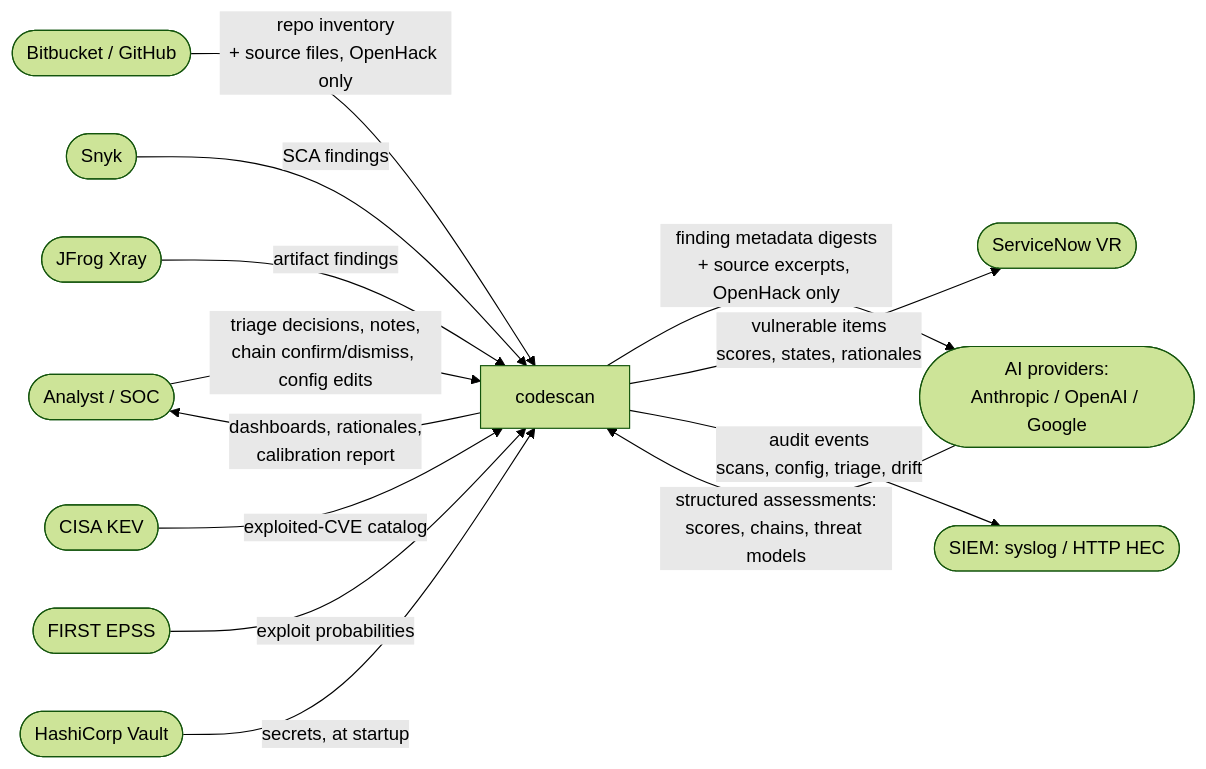
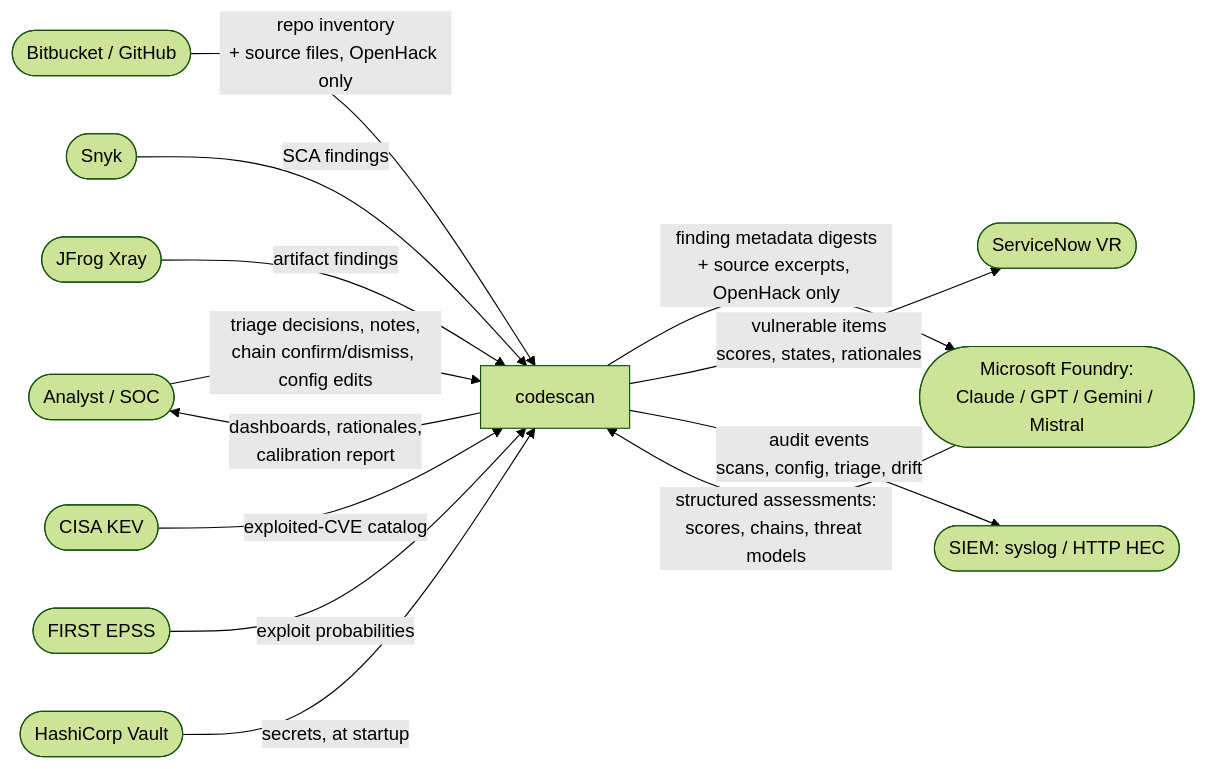
The first of 3 diagrams in docs/DATAFLOW.md (mfmiguez-oss/codescan), drawn with Mermaid (forest theme) before and after one commit. The commit also changed other lines of this file and 69 other files, not shown here.

````diff
--- a/docs/DATAFLOW.md
+++ b/docs/DATAFLOW.md
@@ -16,18 +16,18 @@
 ```mermaid
 flowchart LR
   AN(["Analyst / SOC"]) -->|"triage decisions, notes,<br/>chain confirm/dismiss, config edits"| CS
   CS -->|"dashboards, rationales,<br/>calibration report"| AN
 
   SCM(["Bitbucket / GitHub"]) -->|"repo inventory<br/>+ source files, OpenHack only"| CS["codescan"]
   SNYK(["Snyk"]) -->|"SCA findings"| CS
   XRAY(["JFrog Xray"]) -->|"artifact findings"| CS
   KEV(["CISA KEV"]) -->|"exploited-CVE catalog"| CS
   EPSS(["FIRST EPSS"]) -->|"exploit probabilities"| CS
 
-  CS -->|"finding metadata digests<br/>+ source excerpts, OpenHack only"| AI(["AI providers:<br/>Anthropic / OpenAI / Google"])
+  CS -->|"finding metadata digests<br/>+ source excerpts, OpenHack only"| AI(["Microsoft Foundry:<br/>Claude / GPT / Gemini / Mistral"])
   AI -->|"structured assessments:<br/>scores, chains, threat models"| CS
 
   VLT(["HashiCorp Vault"]) -->|"secrets, at startup"| CS
   CS -->|"vulnerable items<br/>scores, states, rationales"| SN(["ServiceNow VR"])
   CS -->|"audit events<br/>scans, config, triage, drift"| SIEM(["SIEM: syslog / HTTP HEC"])
 ```
````
